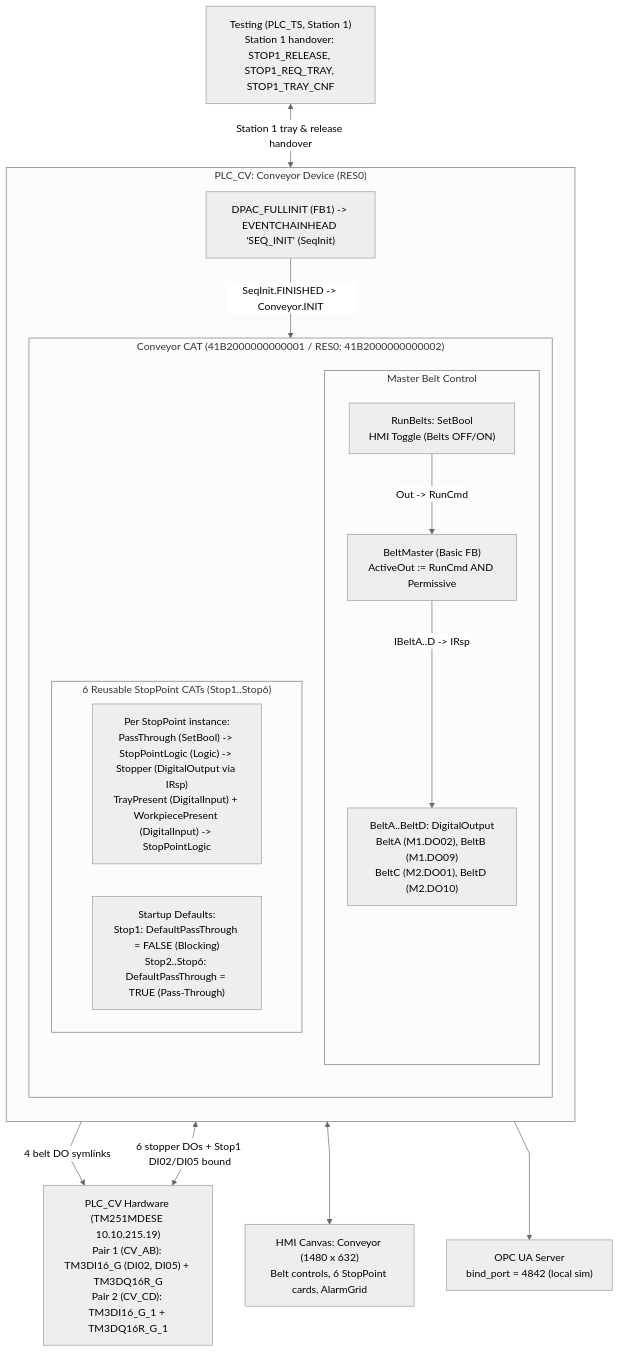
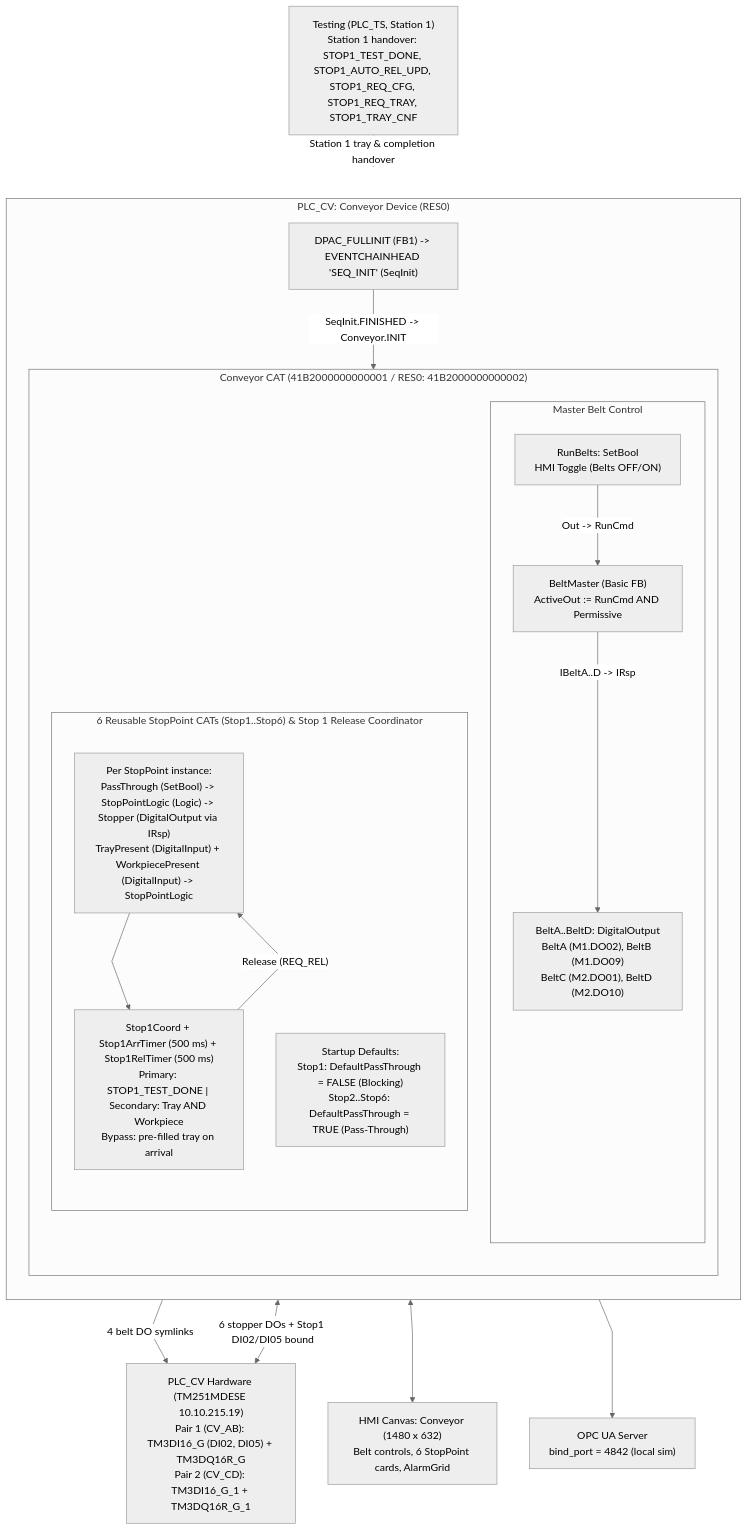
The diagram in docs/CONVEYOR.md (D7017E-LLM-Based-Failure-Detection/ttt-MPS), drawn with Mermaid before and after one commit. The commit also changed other lines of this file and 2 other files, not shown here.

Commit message:
docs: record lab-verified Station 1 handover and Conveyor OPC UA fix

````diff
--- a/docs/CONVEYOR.md
+++ b/docs/CONVEYOR.md
@@ -34,39 +34,42 @@
 ```mermaid
 %%{init: {"theme": "neutral", "flowchart": {"curve": "linear"}}}%%
 flowchart TB
     subgraph RES0["PLC_CV: Conveyor Device (RES0)"]
         direction TB
         InitChain["DPAC_FULLINIT (FB1) -> EVENTCHAINHEAD 'SEQ_INIT' (SeqInit)"]
 
         subgraph ConveyorCAT["Conveyor CAT (41B2000000000001 / RES0: 41B2000000000002)"]
             direction TB
 
             subgraph Belts["Master Belt Control"]
                 RunBelts["RunBelts: SetBool<br/>HMI Toggle (Belts OFF/ON)"]
                 BeltMaster["BeltMaster (Basic FB)<br/>ActiveOut := RunCmd AND Permissive"]
                 BeltOut["BeltA..BeltD: DigitalOutput<br/>BeltA (M1.DO02), BeltB (M1.DO09)<br/>BeltC (M2.DO01), BeltD (M2.DO10)"]
                 RunBelts -->|"Out -> RunCmd"| BeltMaster
                 BeltMaster -->|"IBeltA..D -> IRsp"| BeltOut
             end
 
-            subgraph StopPoints["6 Reusable StopPoint CATs (Stop1..Stop6)"]
-                direction LR
+            subgraph StopPoints["6 Reusable StopPoint CATs (Stop1..Stop6) & Stop 1 Release Coordinator"]
+                direction TB
                 SP["Per StopPoint instance:<br/>PassThrough (SetBool) -> StopPointLogic (Logic) -> Stopper (DigitalOutput via IRsp)<br/>TrayPresent (DigitalInput) + WorkpiecePresent (DigitalInput) -> StopPointLogic"]
+                S1C["Stop1Coord + Stop1ArrTimer (500 ms) + Stop1RelTimer (500 ms)<br/>Primary: STOP1_TEST_DONE | Secondary: Tray AND Workpiece<br/>Bypass: pre-filled tray on arrival"]
                 SPDefaults["Startup Defaults:<br/>Stop1: DefaultPassThrough = FALSE (Blocking)<br/>Stop2..Stop6: DefaultPassThrough = TRUE (Pass-Through)"]
+                SP --> S1C
+                S1C -->|"Release (REQ_REL)"| SP
             end
         end
 
         InitChain -->|"SeqInit.FINISHED -> Conveyor.INIT"| ConveyorCAT
     end
 
     PLC["PLC_CV Hardware (TM251MDESE 10.10.215.19)<br/>Pair 1 (CV_AB): TM3DI16_G (DI02, DI05) + TM3DQ16R_G<br/>Pair 2 (CV_CD): TM3DI16_G_1 + TM3DQ16R_G_1"]
-    Testing["Testing (PLC_TS, Station 1)<br/>Station 1 handover: STOP1_RELEASE, STOP1_REQ_TRAY, STOP1_TRAY_CNF"]
+    Testing["Testing (PLC_TS, Station 1)<br/>Station 1 handover: STOP1_TEST_DONE, STOP1_AUTO_REL_UPD, STOP1_REQ_CFG, STOP1_REQ_TRAY, STOP1_TRAY_CNF"]
     HMI["HMI Canvas: Conveyor (1480 x 632)<br/>Belt controls, 6 StopPoint cards, AlarmGrid"]
     OPCUA["OPC UA Server<br/>bind_port = 4842 (local sim)"]
 
     BeltOut -->|"4 belt DO symlinks"| PLC
     StopPoints <-->|"6 stopper DOs + Stop1 DI02/DI05 bound"| PLC
-    Testing <-->|"Station 1 tray & release handover"| ConveyorCAT
+    Testing <-->|"Station 1 tray & completion handover"| ConveyorCAT
     ConveyorCAT <--> HMI
     ConveyorCAT --> OPCUA
 ```
````
